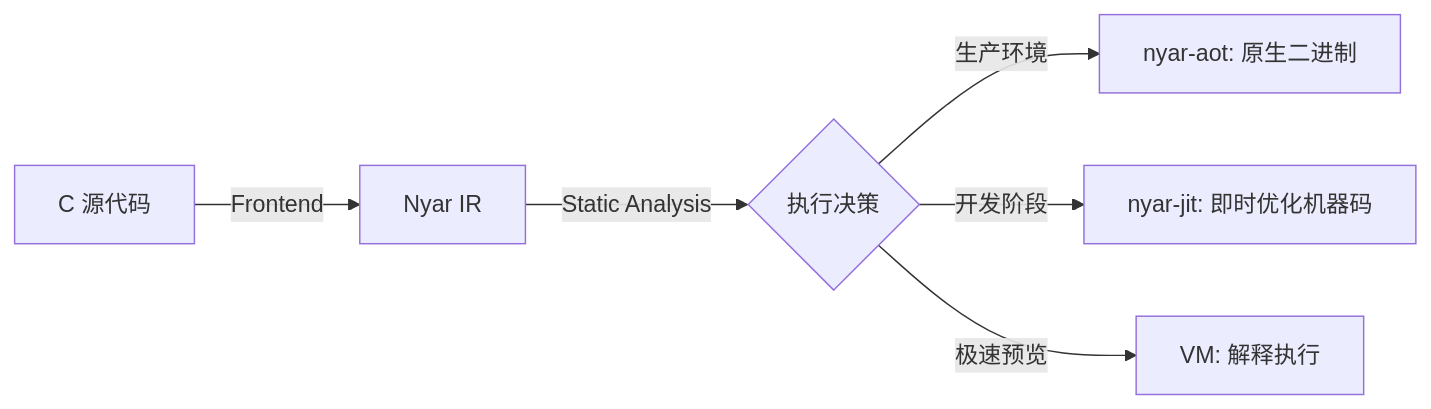
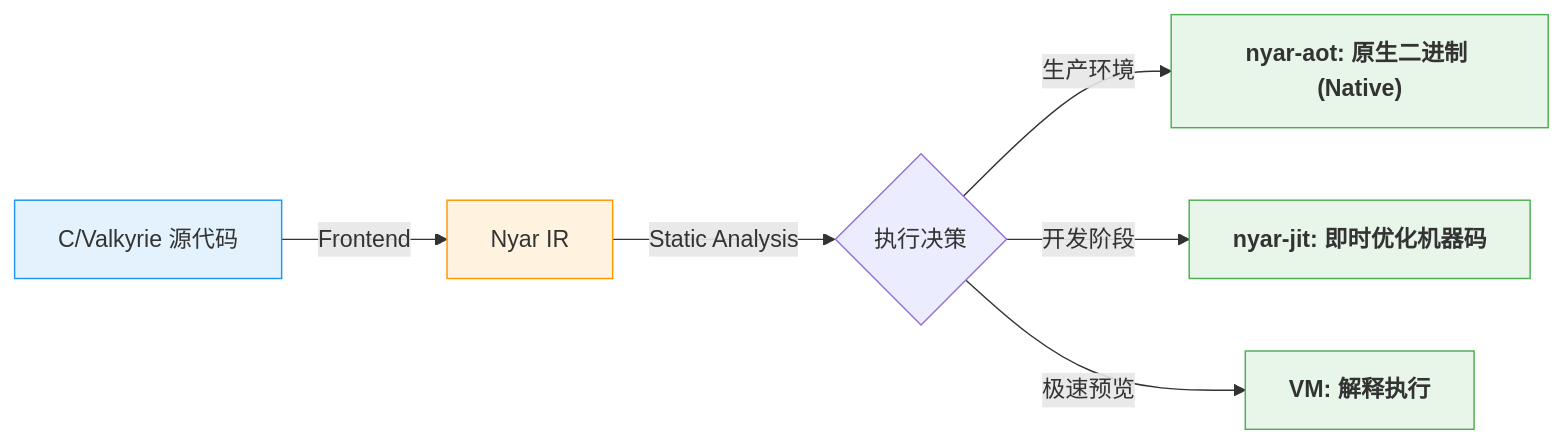
Before and after one commit to nyar-vm/nyar-vm: the second of 6 diagrams in readme.md, drawn with Mermaid. The commit also changed other lines of this file and 2 other files, not shown here.

First line of the commit message:
refactor(nyar-gc): 使用 SendPtr 包装全局根指针以增强线程安全性

````diff
--- a/readme.md
+++ b/readme.md
@@ -59,8 +64,13 @@
 ```mermaid
 graph LR
-    C_Src[C 源代码] -->|Frontend| IR[Nyar IR]
-    IR -->|Static Analysis| Plan{执行决策}
-    Plan -->|生产环境| AOT[nyar-aot: 原生二进制]
-    Plan -->|开发阶段| JIT[nyar-jit: 即时优化机器码]
-    Plan -->|极速预览| Interp[VM: 解释执行]
+    classDef source fill:#e3f2fd,stroke:#2196f3;
+    classDef process fill:#fff3e0,stroke:#ff9800;
+    classDef target fill:#e8f5e9,stroke:#4caf50,font-weight:bold;
+
+    Src["C/Valkyrie 源代码"]:::source -->|Frontend| IR["Nyar IR"]:::process
+    IR -->|Static Analysis| Plan{"执行决策"}
+    
+    Plan -->|生产环境| AOT["nyar-aot: 原生二进制 (Native)"]:::target
+    Plan -->|开发阶段| JIT["nyar-jit: 即时优化机器码"]:::target
+    Plan -->|极速预览| Interp["VM: 解释执行"]:::target
 ```
````
